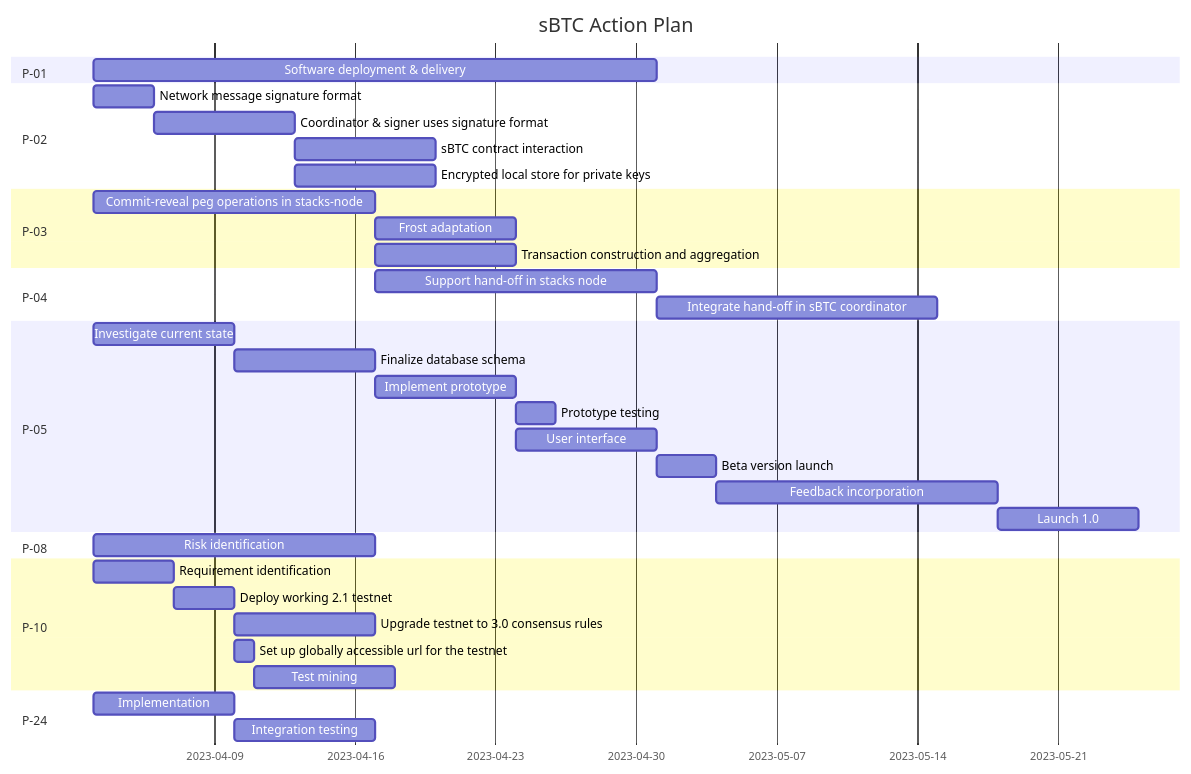
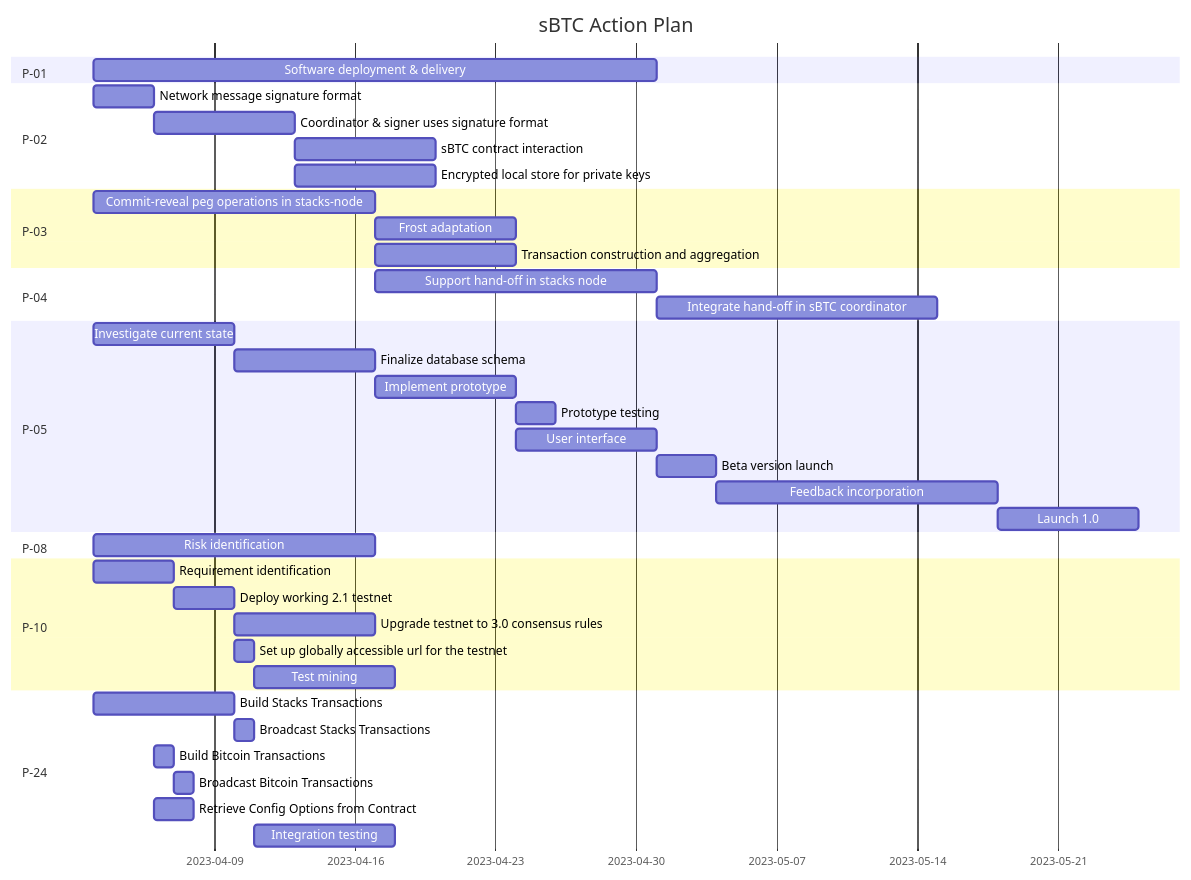
The diagram in sbtc-planning/README.md (tbraun96/stacks-sbtc), drawn with Mermaid before and after one commit.

Commit message:
Update Stacks Coordinator Project Plan (#249)

````diff
--- a/sbtc-planning/README.md
+++ b/sbtc-planning/README.md
@@ -7,48 +7,52 @@
 ```mermaid
 gantt
     dateFormat  YYYY-MM-DD
     title sBTC Action Plan
 
     section P-01
         Software deployment & delivery     :a1, 2023-04-03, 28d
 
     section P-02
         Network message signature format              :b1, 2023-04-03, 3d
         Coordinator & signer uses signature format    :b2, after b1, 7d
         sBTC contract interaction                     :b3, after b2, 7d
         Encrypted local store for private keys        :b4, after  b2, 7d
 
     section P-03
         Commit-reveal peg operations in stacks-node     :c1, 2023-04-03, 14d
         Frost adaptation                                :c2, after c1, 7d
         Transaction construction and aggregation        :c3, after c1, 7d
 
     section P-04
         Support hand-off in stacks node          :d1, after c1, 14d
         Integrate hand-off in sBTC coordinator   :d2, after d1, 14d
 
     section P-05
         Investigate current state     :e1, 2023-04-03, 7d
         Finalize database schema      :e2, after e1, 7d
         Implement prototype           :e3, after e2, 7d
         Prototype testing             :e4, after e3, 2d
         User interface                :e5, after e3, 7d
         Beta version launch           :e6, after e5, 3d
         Feedback incorporation        :e7, after e6, 14d
         Launch 1.0                    :e8, after e7, 7d
 
     section P-08
         Risk identification      :f1, 2023-04-03, 14d
 
     section P-10
         Requirement identification                      :h1, 2023-04-03, 4d
         Deploy working 2.1 testnet                      :h2, after h1, 3d
         Upgrade testnet to 3.0 consensus rules          :h3, after h2, 7d
         Set up globally accessible url for the testnet  :h4, after h2, 1d
         Test mining                                     :h5, after h4, 7d
 
     section P-24
-        Implementation          :i1, 2023-04-03, 7d
-        Integration testing     :i2, after i1, 7d
+        Build Stacks Transactions              :i1, 2023-04-03, 7d
+        Broadcast Stacks Transactions          :i2, after i1, 1d
+        Build Bitcoin Transactions             :i3, 2023-04-06, 1d
+        Broadcast Bitcoin Transactions         :i4, after i3, 1d
+        Retrieve Config Options from Contract  :i5, 2023-04-06, 2d
+        Integration testing     :i6, after i2, 7d
 
 ```
````
